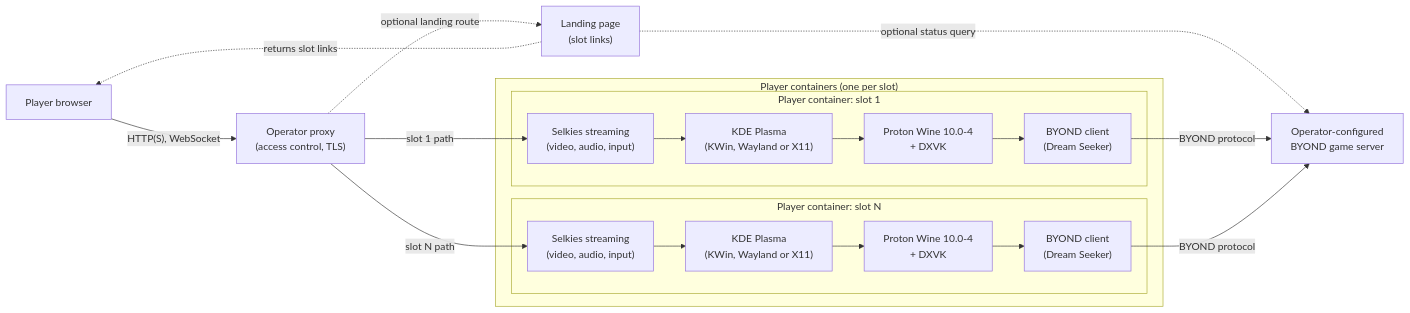
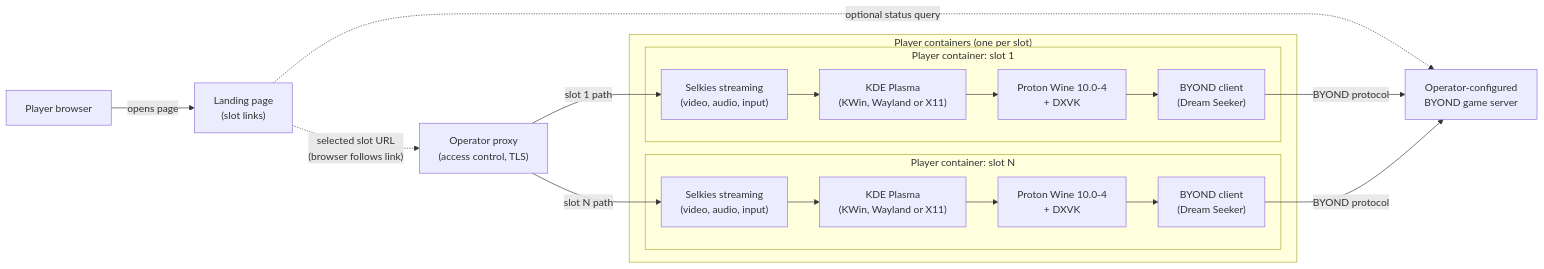
The diagram in README.md (flashdim/tgstation-gateway), drawn with Mermaid before and after one commit. The commit also changed other lines of this file, not shown here.

Commit message:
docs: clarify landing page slot navigation

````diff
--- a/README.md
+++ b/README.md
@@ -19,23 +19,22 @@
 ```mermaid
 flowchart LR
-    Browser["Player browser"] -->|"HTTP(S), WebSocket"| Proxy["Operator proxy<br/>(access control, TLS)"]
-    Proxy -.->|"optional landing route"| Landing["Landing page<br/>(slot links)"]
-    Landing -.->|"returns slot links"| Browser
+    Browser["Player browser"] -->|"opens page"| Landing["Landing page<br/>(slot links)"]
+    Landing -.->|"selected slot URL<br/>(browser follows link)"| Proxy["Operator proxy<br/>(access control, TLS)"]
     Proxy -->|"slot 1 path"| Selkies1
     Proxy -->|"slot N path"| SelkiesN
     subgraph Players["Player containers (one per slot)"]
         subgraph Player1["Player container: slot 1"]
             Selkies1["Selkies streaming<br/>(video, audio, input)"] --> Desktop1["KDE Plasma<br/>(KWin, Wayland or X11)"]
             Desktop1 --> Wine1["Proton Wine 10.0-4<br/>+ DXVK"]
             Wine1 --> Client1["BYOND client<br/>(Dream Seeker)"]
         end
         subgraph PlayerN["Player container: slot N"]
             SelkiesN["Selkies streaming<br/>(video, audio, input)"] --> DesktopN["KDE Plasma<br/>(KWin, Wayland or X11)"]
             DesktopN --> WineN["Proton Wine 10.0-4<br/>+ DXVK"]
             WineN --> ClientN["BYOND client<br/>(Dream Seeker)"]
         end
     end
     Landing -.->|"optional status query"| Server
     Client1 -->|"BYOND protocol"| Server["Operator-configured<br/>BYOND game server"]
     ClientN -->|"BYOND protocol"| Server
 ```
````
